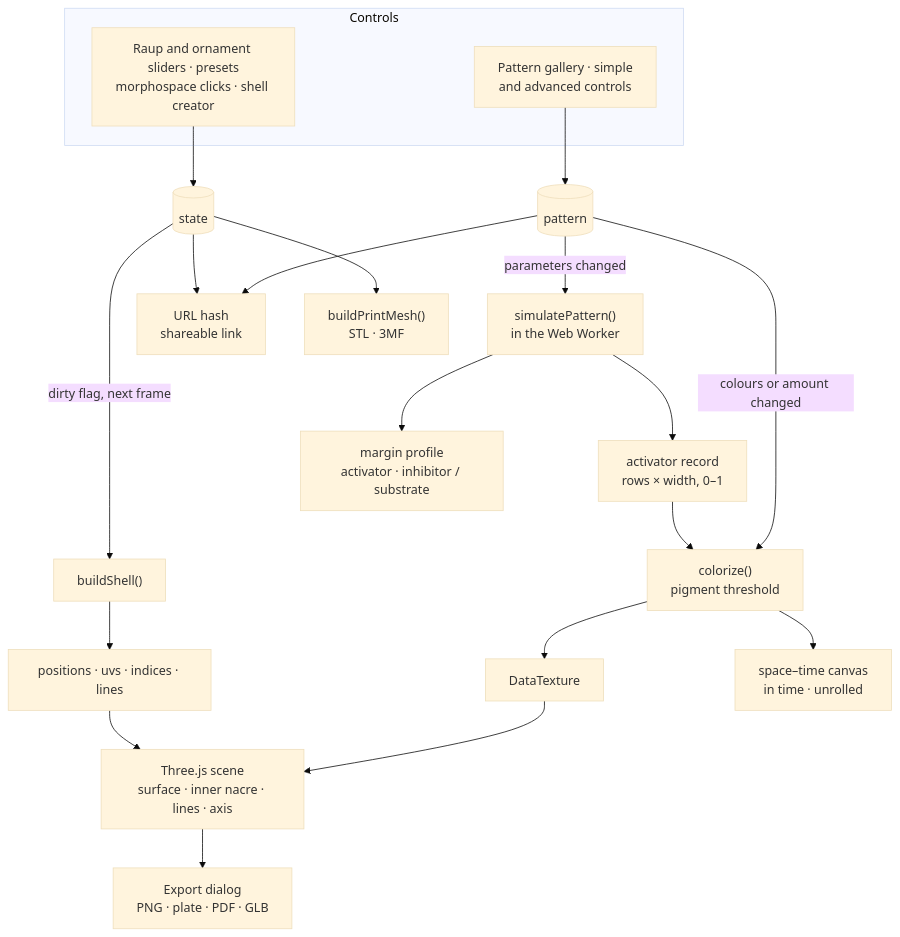
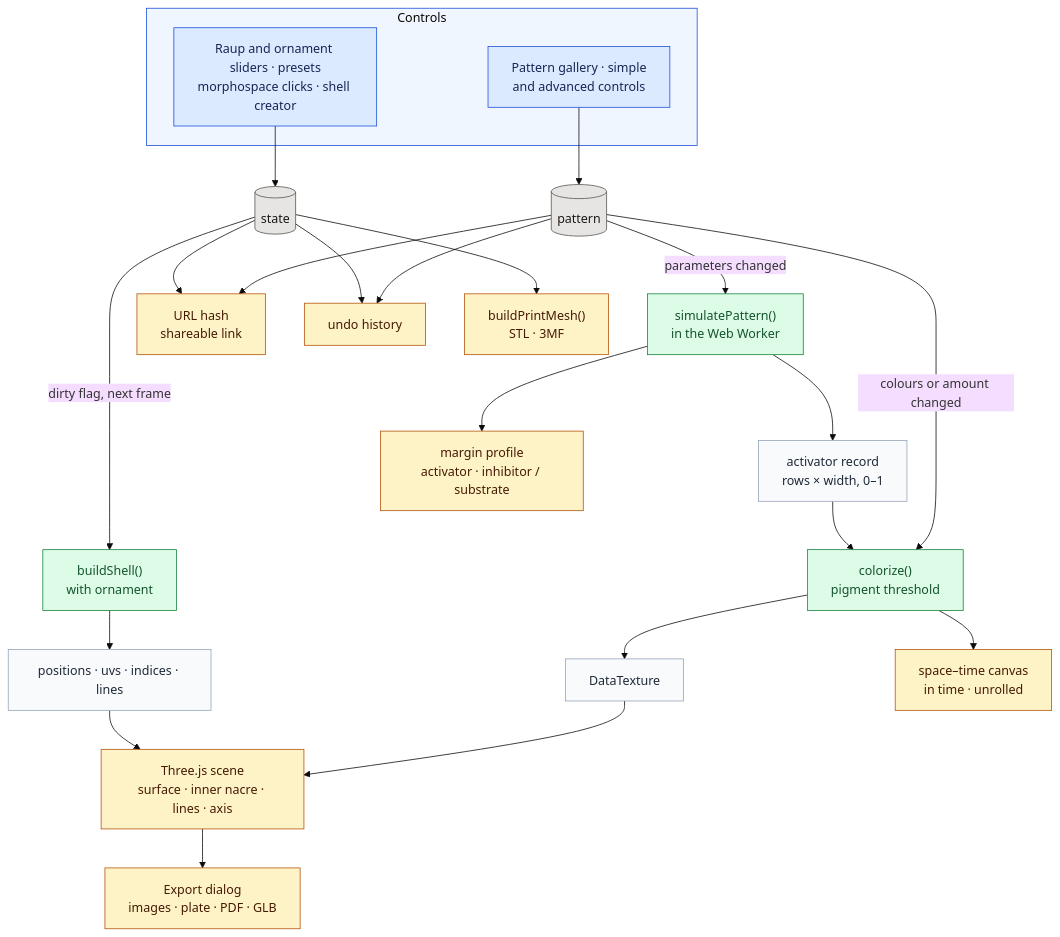
Before and after one commit to AlbertoGonzalezCasarrubios/coiling-shells: the second of 2 diagrams in ARCHITECTURE.md, drawn with Mermaid (base theme). The commit also changed other lines of this file and 6 other files, not shown here.

Commit message:
Versión 1.1.0 y diagramas de ARCHITECTURE con código de colores

````diff
--- a/ARCHITECTURE.md
+++ b/ARCHITECTURE.md
@@ -95,22 +155,35 @@
 ```mermaid
 flowchart TB
   subgraph controls["Controls"]
     shapeCtl["Raup and ornament sliders · presets<br/>morphospace clicks · shell creator"]
     patCtl["Pattern gallery · simple<br/>and advanced controls"]
   end
   shapeCtl --> state[("state")]
   patCtl --> pattern[("pattern")]
-  state -- "dirty flag, next frame" --> build["buildShell()"]
+  state -- "dirty flag, next frame" --> build["buildShell()<br/>with ornament"]
   build --> mesh["positions · uvs · indices · lines"]
   mesh --> scene["Three.js scene<br/>surface · inner nacre · lines · axis"]
   pattern -- "parameters changed" --> sim["simulatePattern()<br/>in the Web Worker"]
   sim --> values["activator record<br/>rows × width, 0–1"]
   values --> colorize["colorize()<br/>pigment threshold"]
   pattern -- "colours or amount changed" --> colorize
   colorize --> tex["DataTexture"] --> scene
   colorize --> st["space–time canvas<br/>in time · unrolled"]
   sim --> profile["margin profile<br/>activator · inhibitor / substrate"]
   state & pattern --> hash["URL hash<br/>shareable link"]
-  scene --> exports["Export dialog<br/>PNG · plate · PDF · GLB"]
+  state & pattern --> undo["undo history"]
+  scene --> exports["Export dialog<br/>images · plate · PDF · GLB"]
   state --> print["buildPrintMesh()<br/>STL · 3MF"]
+
+  classDef ctl fill:#dbeafe,stroke:#1d4ed8,color:#172554
+  classDef store fill:#e7e5e4,stroke:#57534e,color:#1c1917
+  classDef calc fill:#dcfce7,stroke:#15803d,color:#14532d
+  classDef data fill:#f8fafc,stroke:#94a3b8,color:#1f2937
+  classDef out fill:#fef3c7,stroke:#b45309,color:#451a03
+  class shapeCtl,patCtl ctl
+  class state,pattern store
+  class build,sim,colorize calc
+  class mesh,values,tex data
+  class scene,st,profile,hash,undo,exports,print out
+  style controls fill:#eff6ff,stroke:#1d4ed8
 ```
````
